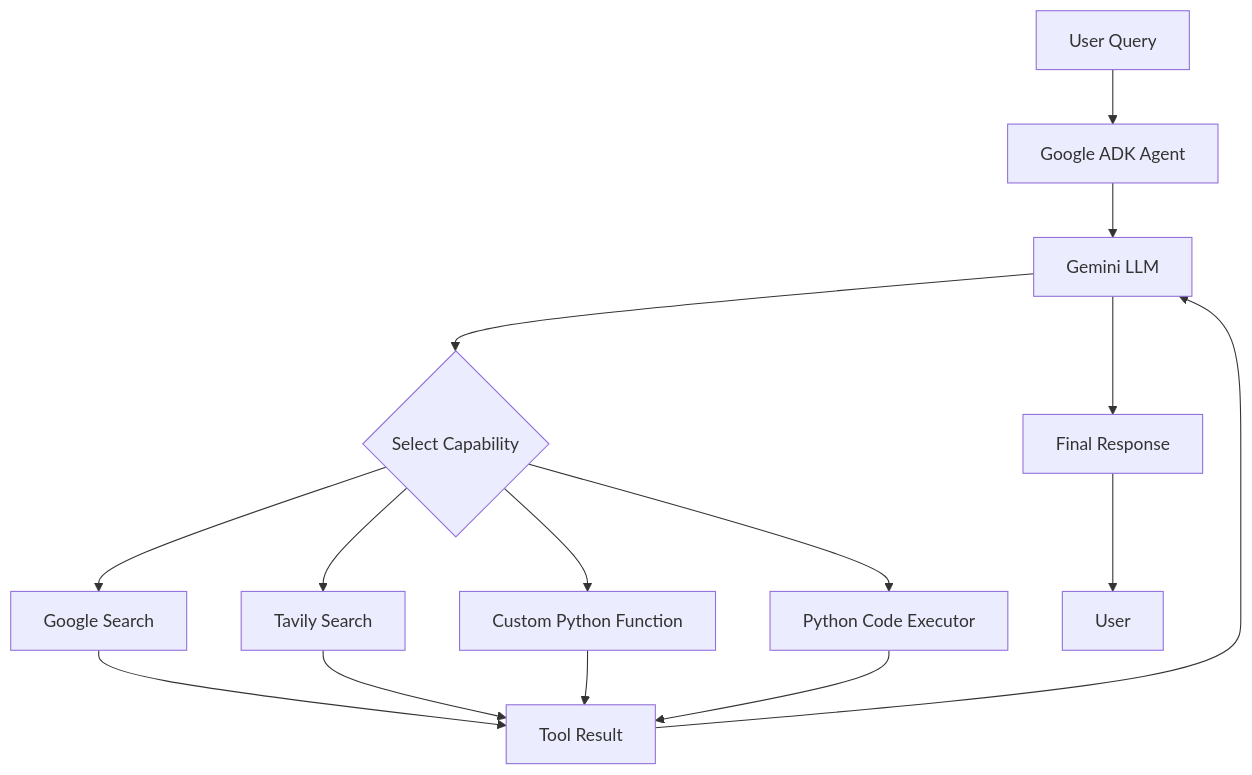
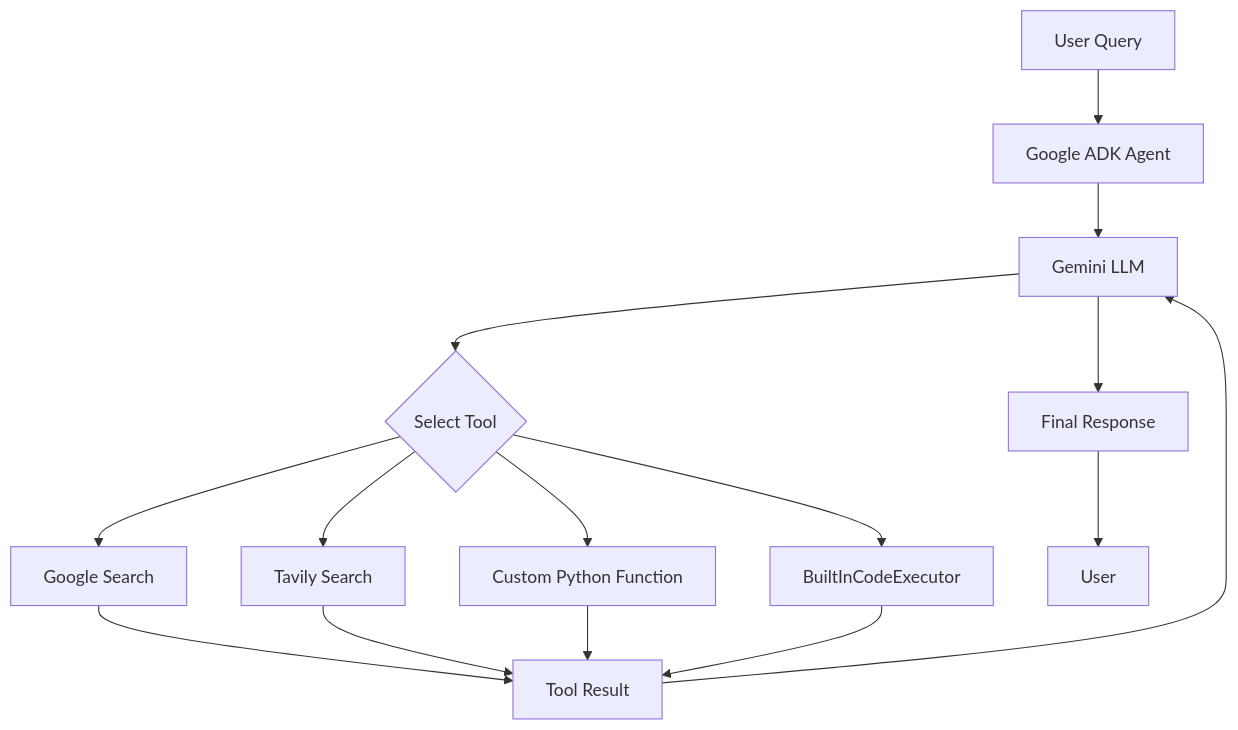
Before and after one commit to mayanknegi22/Google-adk: the first of 2 diagrams in README.md, drawn with Mermaid. The commit also changed other lines of this file, not shown here.

````diff
--- a/README.md
+++ b/README.md
@@ -232,21 +361,21 @@
 ```mermaid
 flowchart TD
     A[User Query] --> B[Google ADK Agent]
     B --> C[Gemini LLM]
 
-    C --> D{Select Capability}
+    C --> D{Select Tool}
 
     D --> E[Google Search]
     D --> F[Tavily Search]
     D --> G[Custom Python Function]
-    D --> H[Python Code Executor]
+    D --> H[BuiltInCodeExecutor]
 
     E --> I[Tool Result]
     F --> I
     G --> I
     H --> I
 
     I --> C
     C --> J[Final Response]
     J --> K[User]
 ```
````
